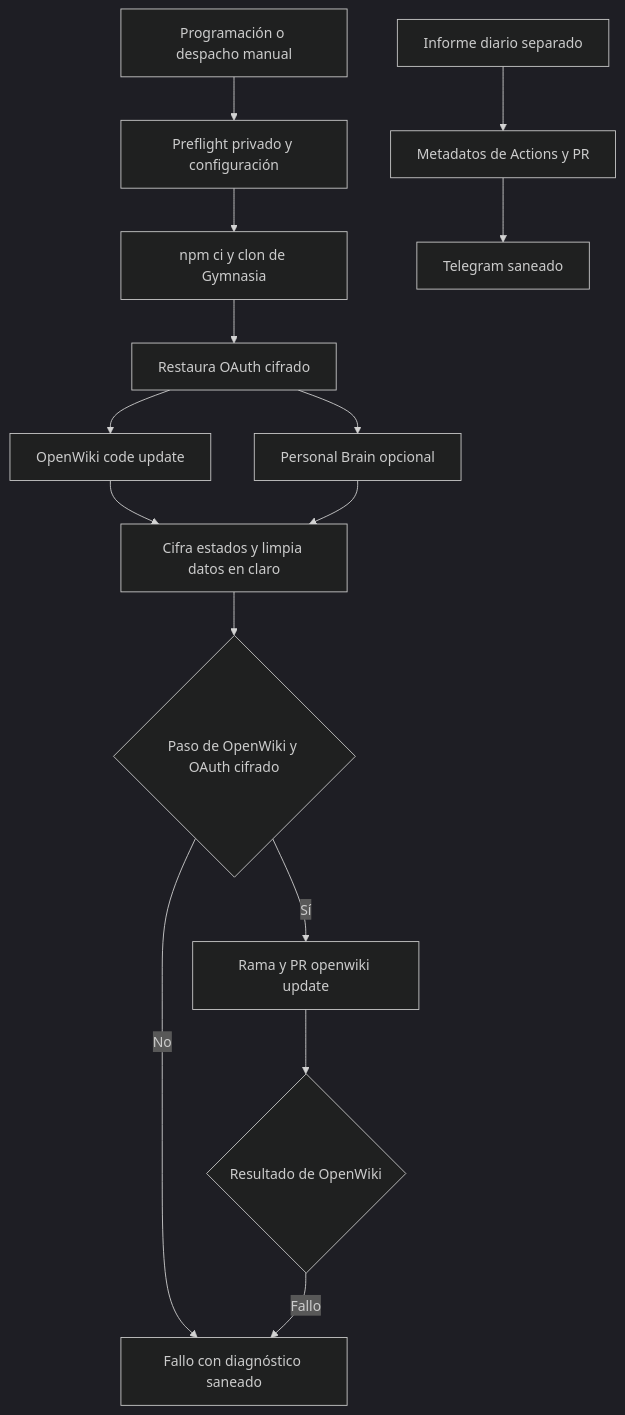
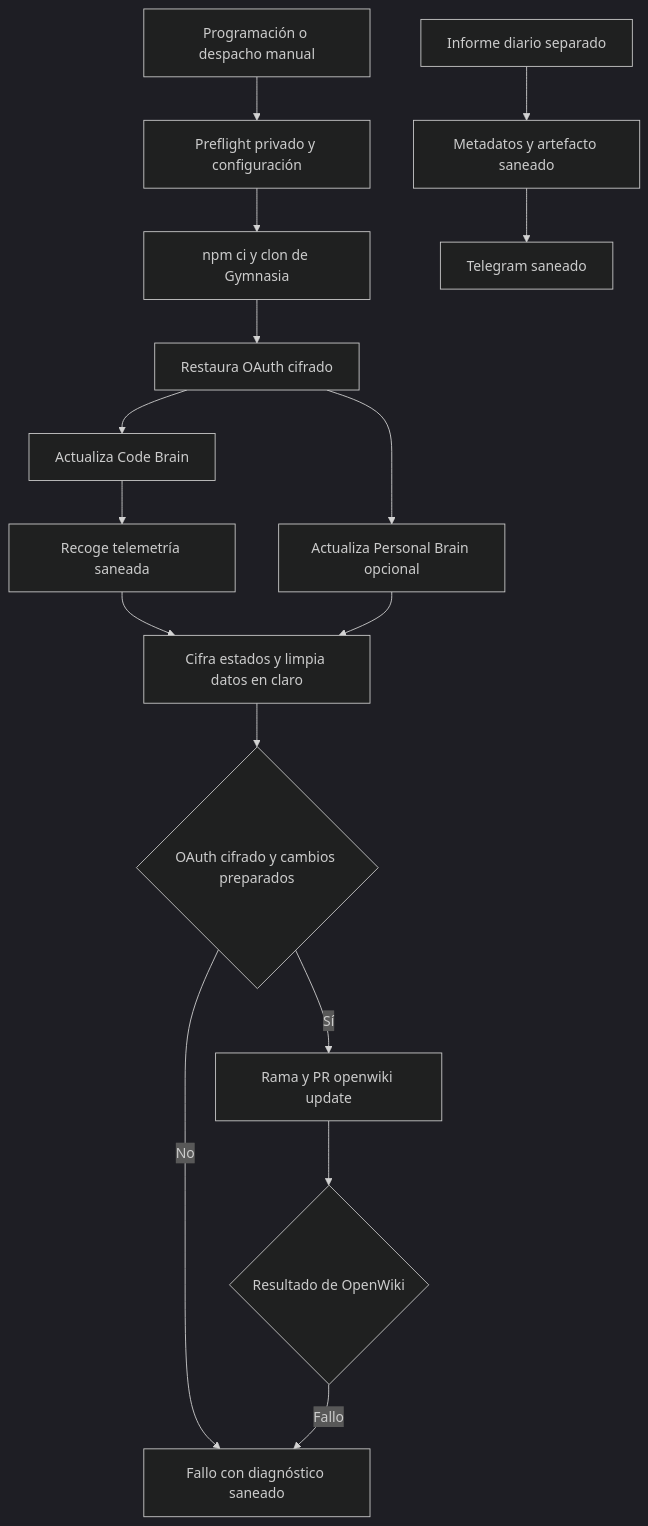
One commit to maximofn/gymnasia changed the diagram in openwiki/operations/openwiki-automation.md. Above: the diagram before and after it, drawn with Mermaid (dark theme). The commit also changed other lines of this file and 41 other files, not shown here.

Commit message:
docs: update OpenWiki

````diff
--- a/openwiki/operations/openwiki-automation.md
+++ b/openwiki/operations/openwiki-automation.md
@@ -62,17 +53,18 @@
 ```mermaid
 flowchart TD
     Trigger["Programación o despacho manual"] --> Guard["Preflight privado y configuración"]
     Guard --> Install["npm ci y clon de Gymnasia"]
     Install --> OAuthRestore["Restaura OAuth cifrado"]
-    OAuthRestore --> Code["OpenWiki code update"]
-    OAuthRestore --> Personal["Personal Brain opcional"]
-    Code --> Encrypt["Cifra estados y limpia datos en claro"]
+    OAuthRestore --> Code["Actualiza Code Brain"]
+    OAuthRestore --> Personal["Actualiza Personal Brain opcional"]
+    Code --> Telemetry["Recoge telemetría saneada"]
+    Telemetry --> Encrypt["Cifra estados y limpia datos en claro"]
     Personal --> Encrypt
-    Encrypt --> Publish{"Paso de OpenWiki y OAuth cifrado"}
+    Encrypt --> Publish{"OAuth cifrado y cambios preparados"}
     Publish -->|"Sí"| PR["Rama y PR openwiki update"]
     Publish -->|"No"| Failure["Fallo con diagnóstico saneado"]
     PR --> Result{"Resultado de OpenWiki"}
     Result -->|"Fallo"| Failure
-    Report["Informe diario separado"] --> Metadata["Metadatos de Actions y PR"]
+    Report["Informe diario separado"] --> Metadata["Metadatos y artefacto saneado"]
     Metadata --> Telegram["Telegram saneado"]
 ```
````
